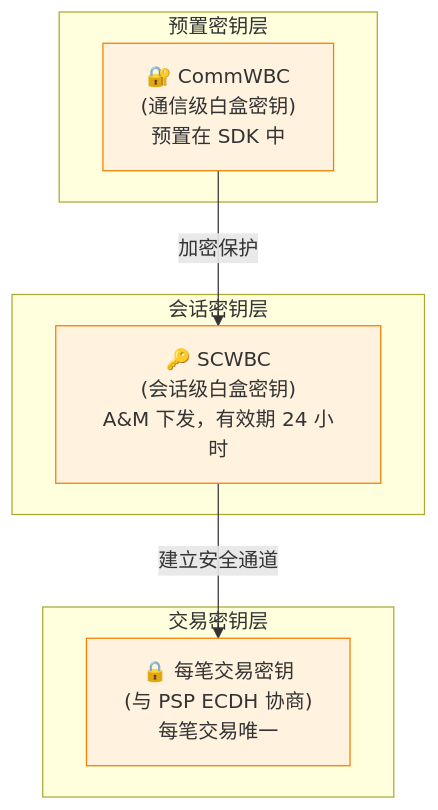
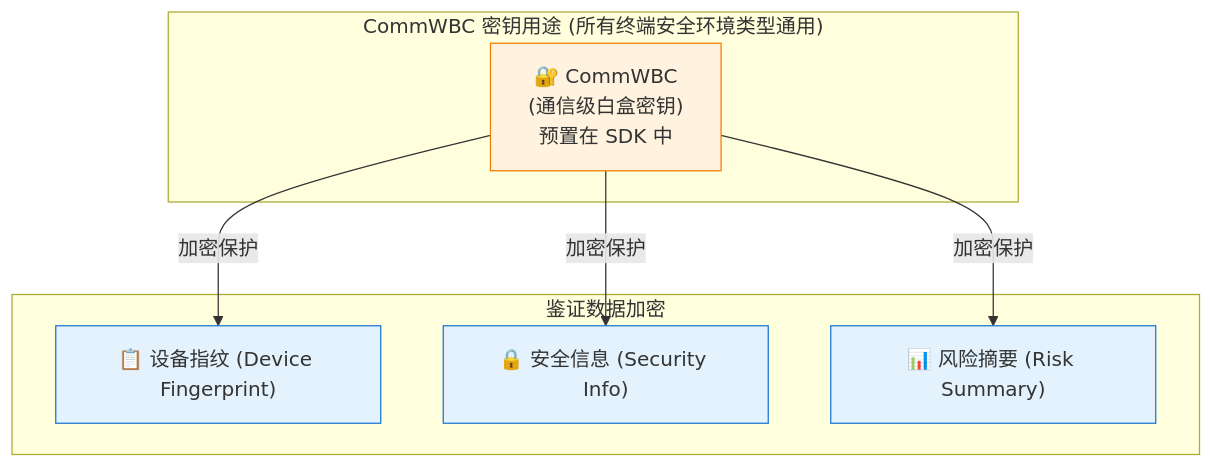
The ninth of 21 diagrams in solution/MPOC_SDK_API_GUIDE.md (kevinwangl/sunbay-softpos-docs), drawn with Mermaid before and after one commit. The commit also changed other lines of this file, not shown here.

````diff
--- a/solution/MPOC_SDK_API_GUIDE.md
+++ b/solution/MPOC_SDK_API_GUIDE.md
@@ -951,21 +800,21 @@
 ```mermaid
 graph TB
-    subgraph "预置密钥层"
+    subgraph "CommWBC 密钥用途 (所有终端安全环境类型通用)"
         CommWBC["🔐 CommWBC<br/>(通信级白盒密钥)<br/>预置在 SDK 中"]
     end
     
-    subgraph "会话密钥层"
-        SCWBC["🔑 SCWBC<br/>(会话级白盒密钥)<br/>A&M 下发，有效期 24 小时"]
+    subgraph "鉴证数据加密"
+        DF["📋 设备指纹 (Device Fingerprint)"]
+        SI["🔒 安全信息 (Security Info)"]
+        RS["📊 风险摘要 (Risk Summary)"]
     end
     
-    subgraph "交易密钥层"
-        TxKey["🔒 每笔交易密钥<br/>(与 PSP ECDH 协商)<br/>每笔交易唯一"]
-    end
-    
-    CommWBC -->|加密保护| SCWBC
-    SCWBC -->|建立安全通道| TxKey
+    CommWBC -->|加密保护| DF
+    CommWBC -->|加密保护| SI
+    CommWBC -->|加密保护| RS
     
     style CommWBC fill:#fff3e0,stroke:#f57c00
-    style SCWBC fill:#fff3e0,stroke:#f57c00
-    style TxKey fill:#fff3e0,stroke:#f57c00
+    style DF fill:#e3f2fd,stroke:#1976d2
+    style SI fill:#e3f2fd,stroke:#1976d2
+    style RS fill:#e3f2fd,stroke:#1976d2
 ```
````
